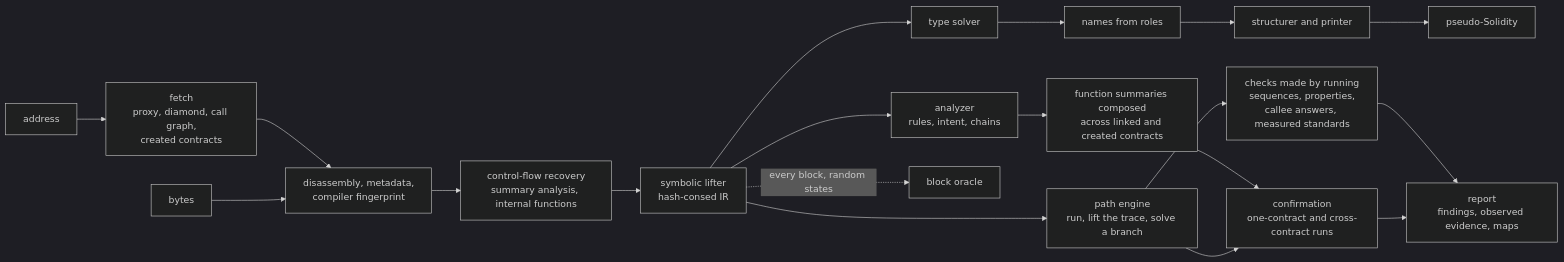
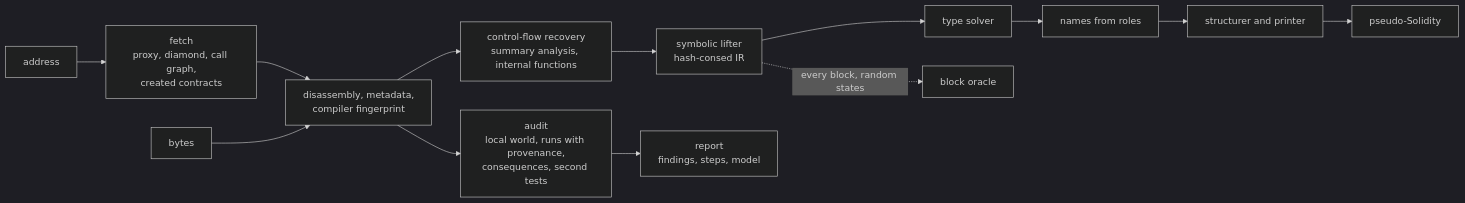
Before and after one commit to rink3y/Evmdec: the first of 3 diagrams in README.md, drawn with Mermaid (dark theme). The commit also changed other lines of this file and 1 other file, not shown here.

First line of the commit message:
readme and contributing describe the rebuilt analyzer.

````diff
--- a/README.md
+++ b/README.md
@@ -18,21 +18,15 @@
 ```mermaid
 flowchart LR
     A0[address] --> A1[fetch<br/>proxy, diamond, call graph,<br/>created contracts]
     A1 --> B
     A[bytes] --> B[disassembly, metadata,<br/>compiler fingerprint]
     B --> C[control-flow recovery<br/>summary analysis, internal functions]
     C --> D[symbolic lifter<br/>hash-consed IR]
     D --> E[type solver]
     E --> N[names from roles]
     N --> F[structurer and printer]
     F --> G[pseudo-Solidity]
-    D --> H[analyzer<br/>rules, intent, chains]
-    H --> S[function summaries composed<br/>across linked and created contracts]
-    S --> I[confirmation<br/>one-contract and cross-contract runs]
-    D --> P[path engine<br/>run, lift the trace, solve a branch]
-    P --> Q[checks made by running<br/>sequences, properties,<br/>callee answers, measured standards]
-    P --> I
-    Q --> J
-    I --> J[report<br/>findings, observed evidence, maps]
+    B --> H[audit<br/>local world, runs with provenance,<br/>consequences, second tests]
+    H --> J[report<br/>findings, steps, model]
     D -. every block, random states .-> K[block oracle]
 ```
````
